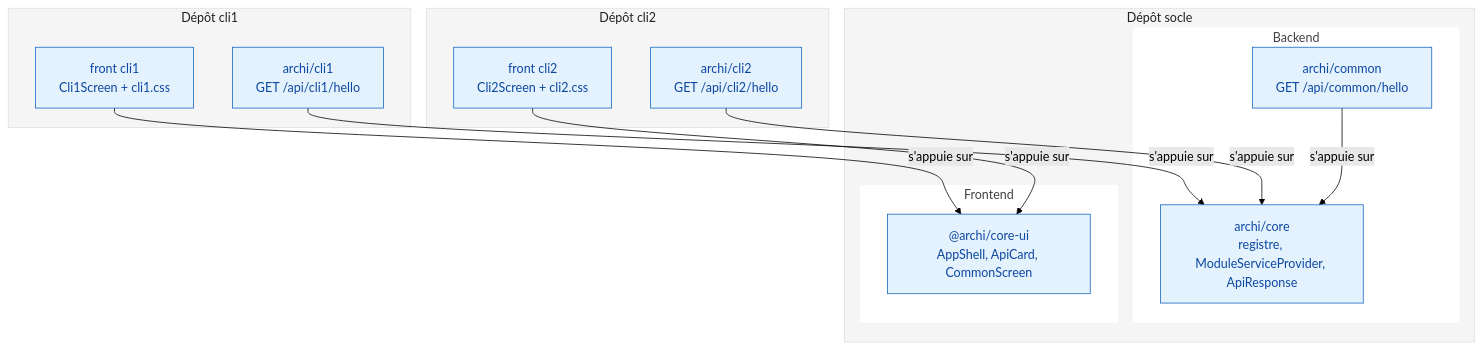
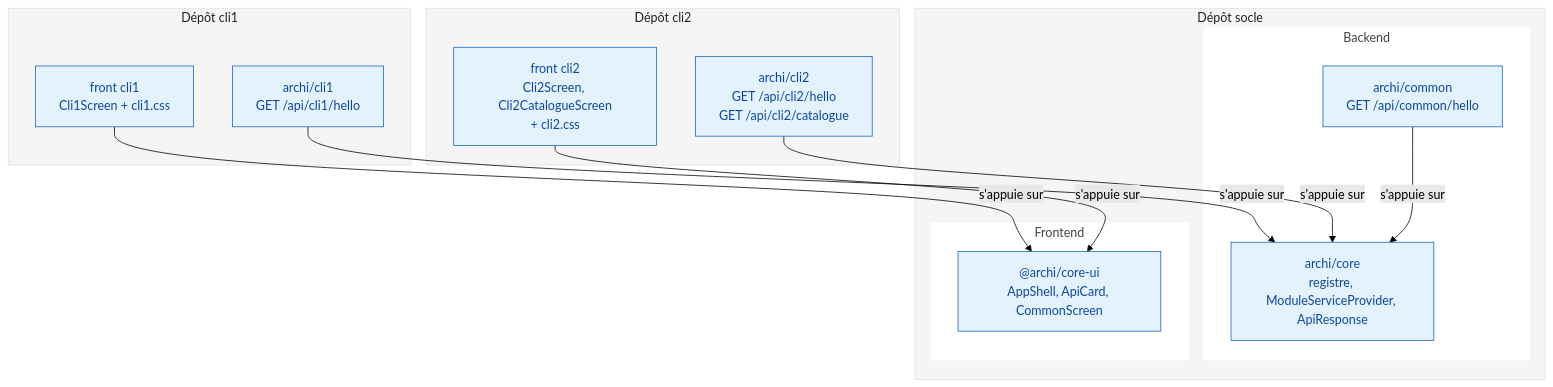
One commit to cvagner/poc-1-socle-n-produits changed the first of 6 diagrams in README.md. Above: the diagram before and after it, drawn with Mermaid (forest theme). The commit also changed other lines of this file and 3 other files, not shown here.

First line of the commit message:
feat(cli2): route catalogue et entrée de menu associée

````diff
--- a/README.md
+++ b/README.md
@@ -66,47 +67,47 @@
 ```mermaid
 flowchart TB
     %% ===== Palette architecture v1 =====
     classDef person   fill:#08427B,color:#FFFFFF,stroke:#052E56
     classDef app      fill:#E3F2FD,color:#0D47A1,stroke:#1565C0
     classDef gateway  fill:#FFEBEE,color:#B71C1C,stroke:#C62828
     classDef iam      fill:#F3E5F5,color:#4A148C,stroke:#8E24AA
     classDef data     fill:#E8F5E9,color:#1B5E20,stroke:#2E7D32
     classDef job      fill:#FFF3E0,color:#BF360C,stroke:#E65100
     classDef obs      fill:#ECEFF1,color:#263238,stroke:#546E7A
     classDef infra    fill:#FAFAFA,color:#212121,stroke:#616161
     classDef external fill:#FFFFFF,color:#424242,stroke:#757575,stroke-dasharray:5 3
     classDef level1   fill:#F5F5F5,color:#212121,stroke:#E0E0E0
     classDef level2   fill:#FFFFFF,color:#424242,stroke:#FFFFFF
     classDef level3   fill:#F5F5F5,color:#424242,stroke:#F5F5F5
     %% ===== Fin palette =====
 
     subgraph socle["Dépôt socle"]
         subgraph socle_back["Backend"]
             common["archi/common<br/>GET /api/common/hello"]:::app
             core["archi/core<br/>registre, ModuleServiceProvider, ApiResponse"]:::app
         end
         subgraph socle_front["Frontend"]
             core_ui["@archi/core-ui<br/>AppShell, ApiCard, CommonScreen"]:::app
         end
     end
     class socle level1
     class socle_back,socle_front level2
 
     subgraph depot_cli1["Dépôt cli1"]
         cli1_back["archi/cli1<br/>GET /api/cli1/hello"]:::app
         cli1_front["front cli1<br/>Cli1Screen + cli1.css"]:::app
     end
     class depot_cli1 level1
 
     subgraph depot_cli2["Dépôt cli2"]
-        cli2_back["archi/cli2<br/>GET /api/cli2/hello"]:::app
-        cli2_front["front cli2<br/>Cli2Screen + cli2.css"]:::app
+        cli2_back["archi/cli2<br/>GET /api/cli2/hello<br/>GET /api/cli2/catalogue"]:::app
+        cli2_front["front cli2<br/>Cli2Screen, Cli2CatalogueScreen<br/>+ cli2.css"]:::app
     end
     class depot_cli2 level1
 
     cli1_back -->|s'appuie sur| core
     cli2_back -->|s'appuie sur| core
     common -->|s'appuie sur| core
     cli1_front -->|s'appuie sur| core_ui
     cli2_front -->|s'appuie sur| core_ui
 ```
````
